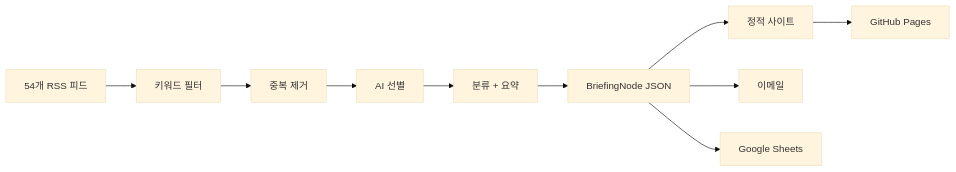
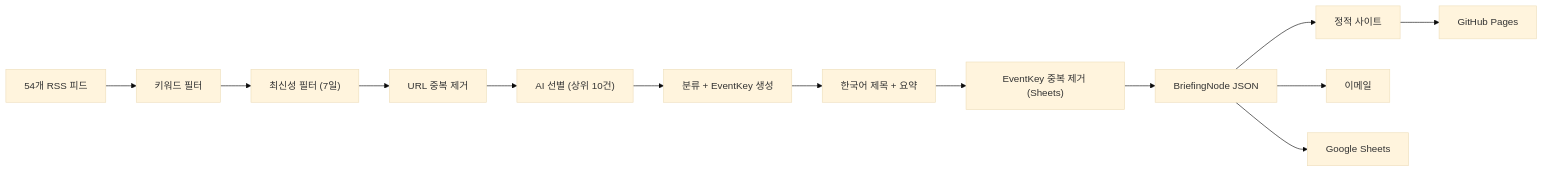
The diagram in docs/ko/README.md (lowtidebuild/legal-briefing), drawn with Mermaid (base theme) before and after one commit. The commit also changed other lines of this file and 1 other file, not shown here.

````diff
--- a/docs/ko/README.md
+++ b/docs/ko/README.md
@@ -56,12 +150,15 @@
 ```mermaid
 flowchart LR
     A["54개 RSS 피드"] --> B["키워드 필터"]
-    B --> C["중복 제거"]
-    C --> D["AI 선별"]
-    D --> E["분류 + 요약"]
-    E --> F["BriefingNode JSON"]
-    F --> G["정적 사이트"]
-    F --> H["이메일"]
-    F --> I["Google Sheets"]
-    G --> J["GitHub Pages"]
+    B --> B2["최신성 필터 (7일)"]
+    B2 --> C["URL 중복 제거"]
+    C --> D["AI 선별 (상위 10건)"]
+    D --> E["분류 + EventKey 생성"]
+    E --> F["한국어 제목 + 요약"]
+    F --> G["EventKey 중복 제거 (Sheets)"]
+    G --> H["BriefingNode JSON"]
+    H --> I["정적 사이트"]
+    H --> J["이메일"]
+    H --> K["Google Sheets"]
+    I --> L["GitHub Pages"]
 ```
````
